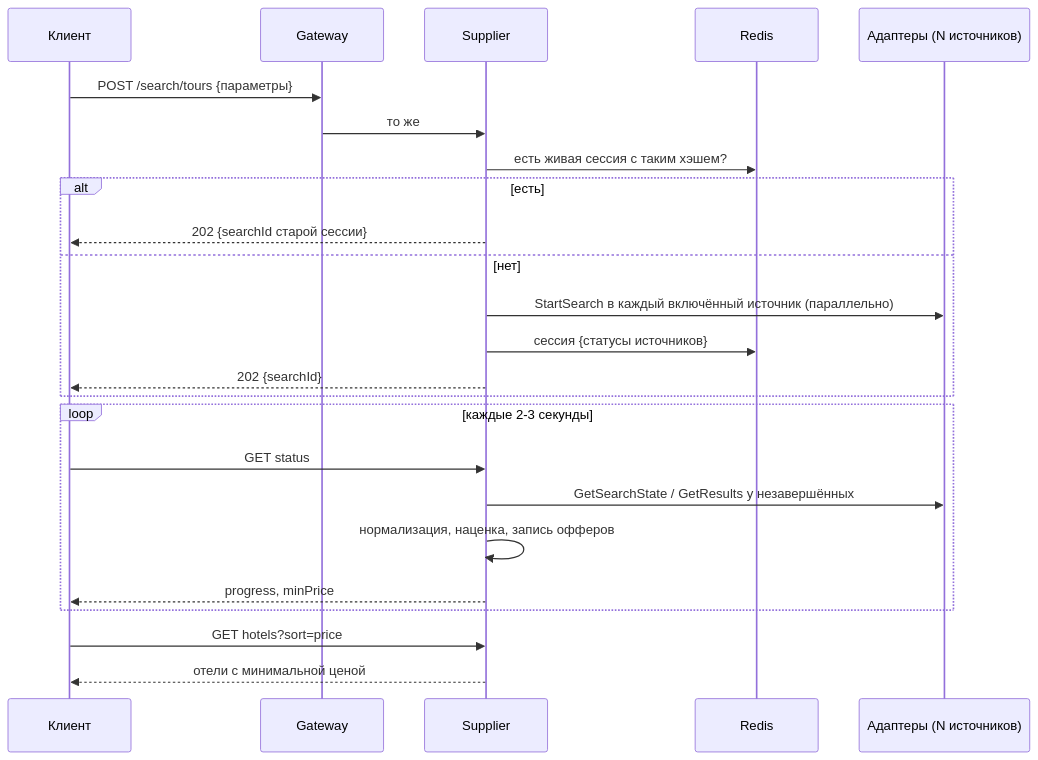
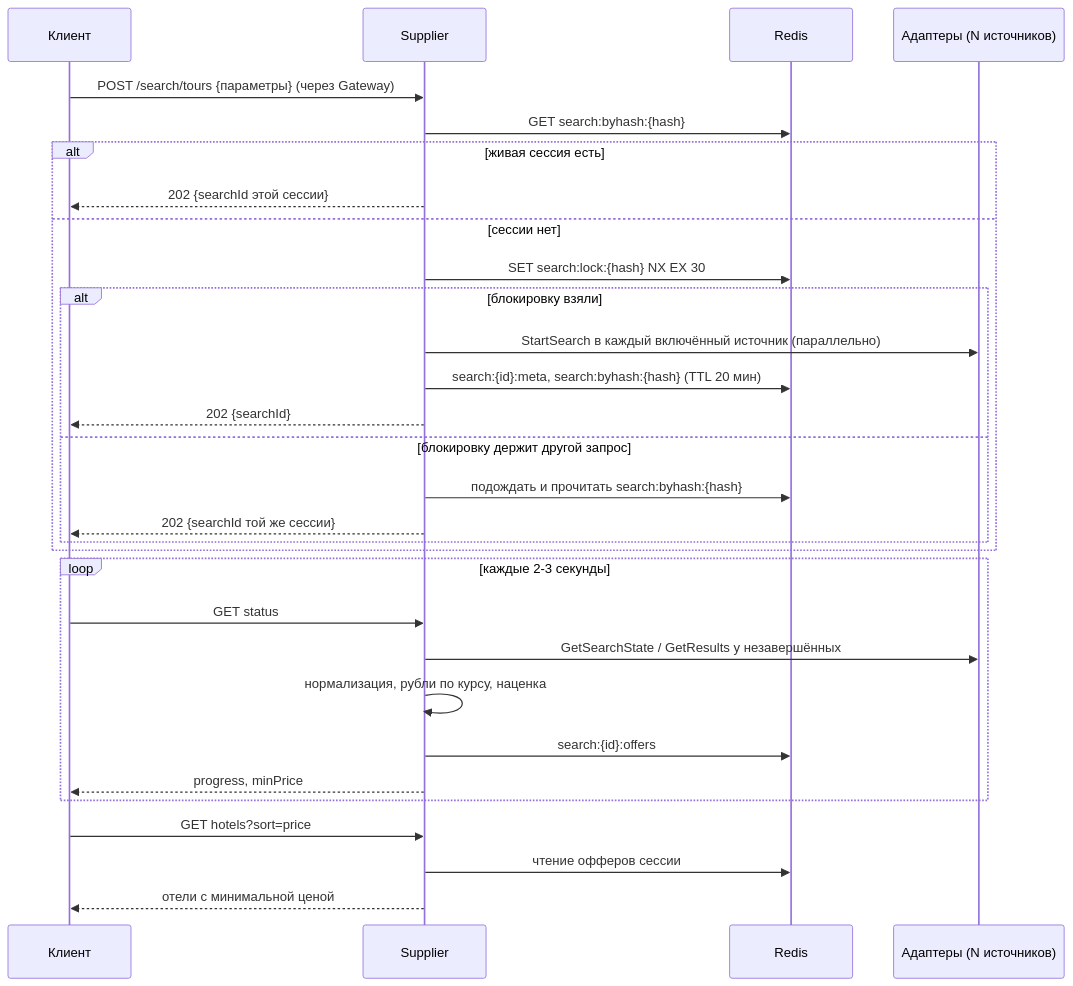
Before and after one commit to PlutoGr/TravelAgency: the third of 6 diagrams in docs/product/tz-tour-aggregation.md, drawn with Mermaid. The commit also changed other lines of this file, not shown here.

````diff
--- a/docs/product/tz-tour-aggregation.md
+++ b/docs/product/tz-tour-aggregation.md
@@ -330,27 +425,33 @@
 ```mermaid
 sequenceDiagram
     participant C as Клиент
-    participant G as Gateway
     participant S as Supplier
     participant R as Redis
     participant A as Адаптеры (N источников)
 
-    C->>G: POST /search/tours {параметры}
-    G->>S: то же
-    S->>R: есть живая сессия с таким хэшем?
-    alt есть
-        S-->>C: 202 {searchId старой сессии}
-    else нет
-        S->>A: StartSearch в каждый включённый источник (параллельно)
-        S->>R: сессия {статусы источников}
-        S-->>C: 202 {searchId}
+    C->>S: POST /search/tours {параметры} (через Gateway)
+    S->>R: GET search:byhash:{hash}
+    alt живая сессия есть
+        S-->>C: 202 {searchId этой сессии}
+    else сессии нет
+        S->>R: SET search:lock:{hash} NX EX 30
+        alt блокировку взяли
+            S->>A: StartSearch в каждый включённый источник (параллельно)
+            S->>R: search:{id}:meta, search:byhash:{hash} (TTL 20 мин)
+            S-->>C: 202 {searchId}
+        else блокировку держит другой запрос
+            S->>R: подождать и прочитать search:byhash:{hash}
+            S-->>C: 202 {searchId той же сессии}
+        end
     end
     loop каждые 2-3 секунды
         C->>S: GET status
         S->>A: GetSearchState / GetResults у незавершённых
-        S->>S: нормализация, наценка, запись офферов
+        S->>S: нормализация, рубли по курсу, наценка
+        S->>R: search:{id}:offers
         S-->>C: progress, minPrice
     end
     C->>S: GET hotels?sort=price
+    S->>R: чтение офферов сессии
     S-->>C: отели с минимальной ценой
 ```
````
